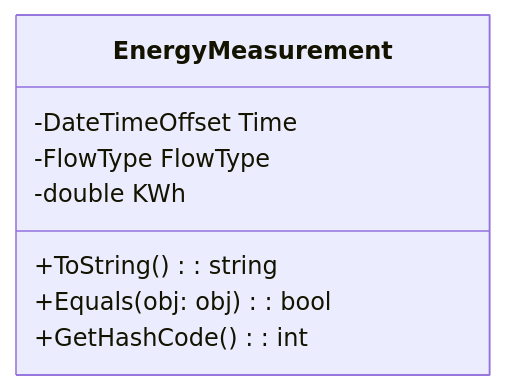
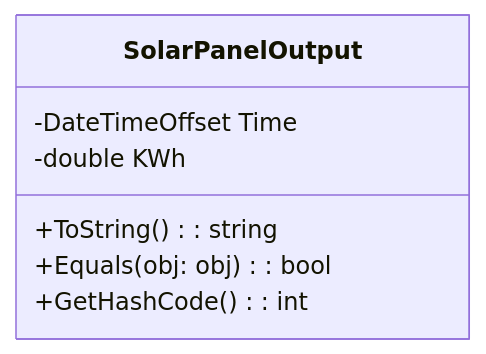
One commit to akolu/helios changed the first of 4 diagrams in README.md. Above: the diagram before and after it, drawn with Mermaid. The commit also changed other lines of this file and 20 other files, not shown here.

````diff
--- a/README.md
+++ b/README.md
@@ -13,11 +11,10 @@
 ```mermaid
 classDiagram
-    class EnergyMeasurement {
+    class SolarPanelOutput {
         -DateTimeOffset Time
-        -FlowType FlowType
         -double KWh
         +ToString(): string
         +Equals(obj: obj): bool
         +GetHashCode(): int
     }
 ```
````
